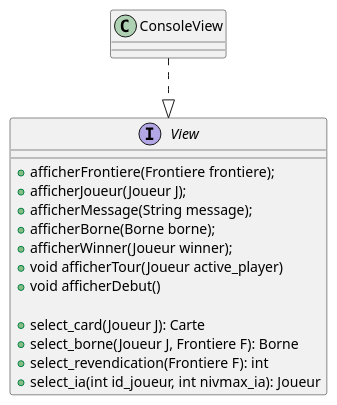
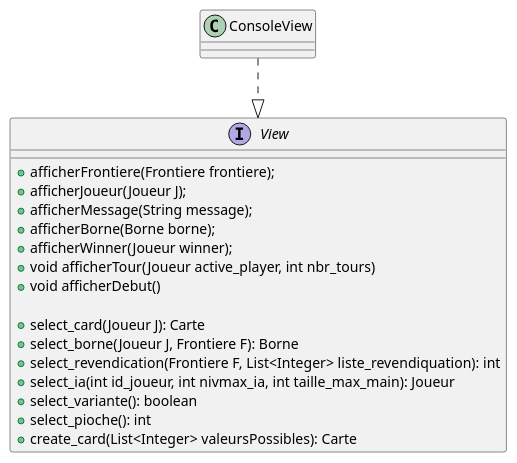
Before and after one commit to Pagatok/pg220: the diagram in src/diagrams/view.puml, drawn with PlantUML. The commit also changed 12 other files, not shown here.

Commit message:
- Mise à jour des diagrammes de classes - Mise au propre de Borne.java

```diff
--- a/src/diagrams/view.puml
+++ b/src/diagrams/view.puml
@@ -1,24 +1,27 @@
 @startuml view
 
 interface View{
-    + afficherFrontiere(Frontiere frontiere);
-    + afficherJoueur(Joueur J);
-    + afficherMessage(String message);
-    + afficherBorne(Borne borne);
-    + afficherWinner(Joueur winner);
-    + void afficherTour(Joueur active_player)
-    + void afficherDebut()
+        + afficherFrontiere(Frontiere frontiere);
+        + afficherJoueur(Joueur J);
+        + afficherMessage(String message);
+        + afficherBorne(Borne borne);
+        + afficherWinner(Joueur winner);
+        + void afficherTour(Joueur active_player, int nbr_tours)
+        + void afficherDebut()
 
-    + select_card(Joueur J): Carte
-    + select_borne(Joueur J, Frontiere F): Borne
-    + select_revendication(Frontiere F): int
-    + select_ia(int id_joueur, int nivmax_ia): Joueur
+        + select_card(Joueur J): Carte
+        + select_borne(Joueur J, Frontiere F): Borne
+        + select_revendication(Frontiere F, List<Integer> liste_revendiquation): int
+        + select_ia(int id_joueur, int nivmax_ia, int taille_max_main): Joueur
+	+ select_variante(): boolean
+	+ select_pioche(): int
+	+ create_card(List<Integer> valeursPossibles): Carte
 }
 
 class ConsoleView{
 
 }
 
 ConsoleView ..|> View
 
 @enduml
```
